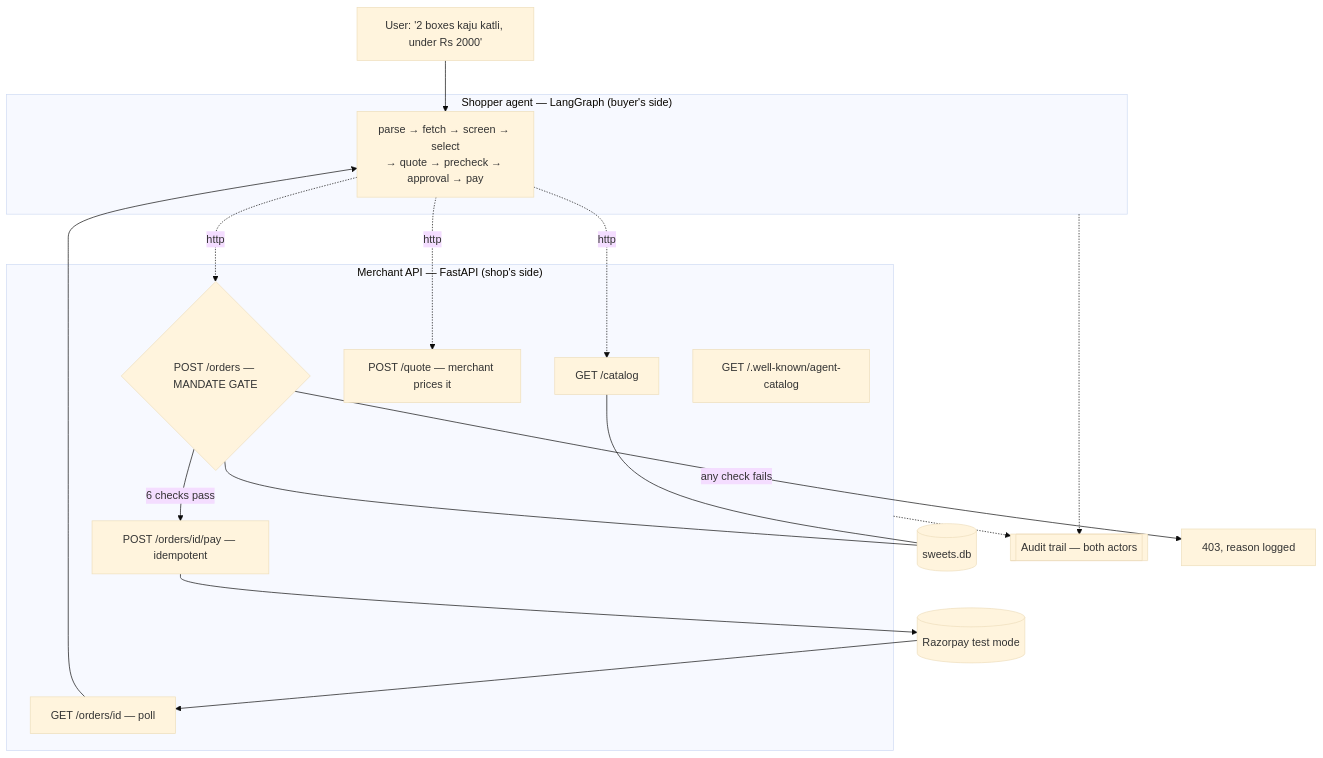
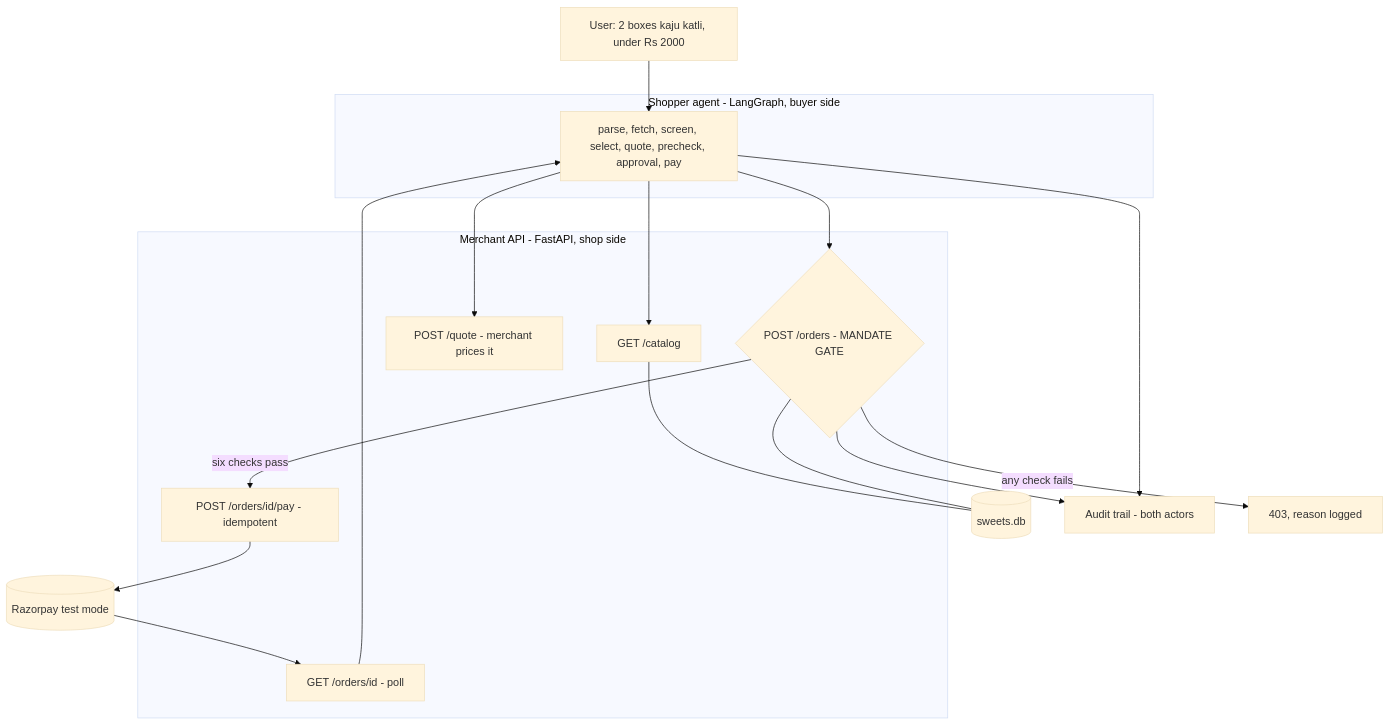
Before and after one commit to as-45/Razorpay_hackathon: the first of 2 diagrams in ARCHITECTURE.md, drawn with Mermaid (base theme). The commit also changed other lines of this file, not shown here.

Commit message:
Document system architecture and agent graph

````diff
--- a/ARCHITECTURE.md
+++ b/ARCHITECTURE.md
@@ -12,36 +12,35 @@
 ```mermaid
 flowchart TB
-    U["User: '2 boxes kaju katli, under Rs 2000'"]
+    U["User: 2 boxes kaju katli, under Rs 2000"]
 
-    subgraph AGENT["Shopper agent — LangGraph (buyer's side)"]
-        A["parse → fetch → screen → select<br/>→ quote → precheck → approval → pay"]
+    subgraph AGENT["Shopper agent - LangGraph, buyer side"]
+        A["parse, fetch, screen, select, quote, precheck, approval, pay"]
     end
 
-    subgraph MERCH["Merchant API — FastAPI (shop's side)"]
-        M0["GET /.well-known/agent-catalog"]
+    subgraph MERCH["Merchant API - FastAPI, shop side"]
         M1["GET /catalog"]
-        M2["POST /quote — merchant prices it"]
-        M3{"POST /orders — MANDATE GATE"}
-        M4["POST /orders/id/pay — idempotent"]
-        M5["GET /orders/id — poll"]
+        M2["POST /quote - merchant prices it"]
+        M3{"POST /orders - MANDATE GATE"}
+        M4["POST /orders/id/pay - idempotent"]
+        M5["GET /orders/id - poll"]
     end
 
     RZP[("Razorpay test mode")]
     DB[("sweets.db")]
-    AUD[["Audit trail — both actors"]]
+    AUD["Audit trail - both actors"]
+    MX["403, reason logged"]
 
     U --> A
-    A -.->|http| M1
-    A -.->|http| M2
-    A -.->|http| M3
-    M3 -->|6 checks pass| M4
-    M3 -->|any check fails| MX["403, reason logged"]
+    A --> M1
+    A --> M2
+    A --> M3
+    M3 -->|six checks pass| M4
+    M3 -->|any check fails| MX
     M4 --> RZP
     RZP --> M5
     M5 --> A
-
     M1 --- DB
     M3 --- DB
-    AGENT -.-> AUD
-    MERCH -.-> AUD
+    A --> AUD
+    M3 --> AUD
 ```
````
